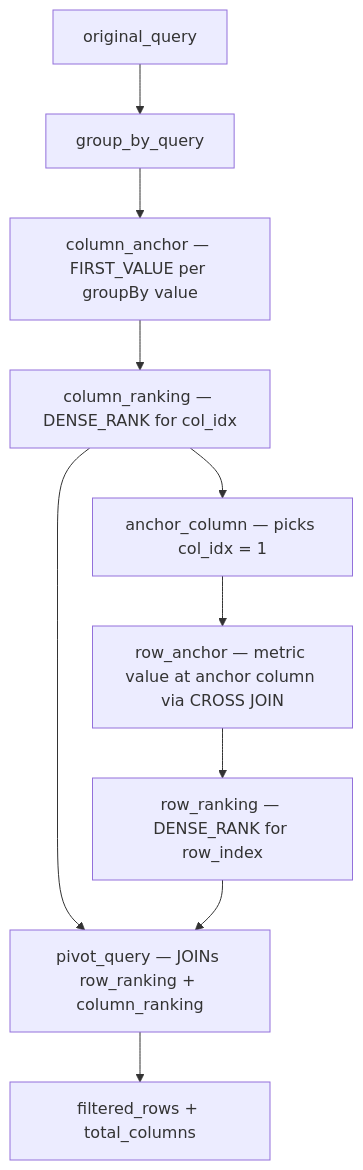
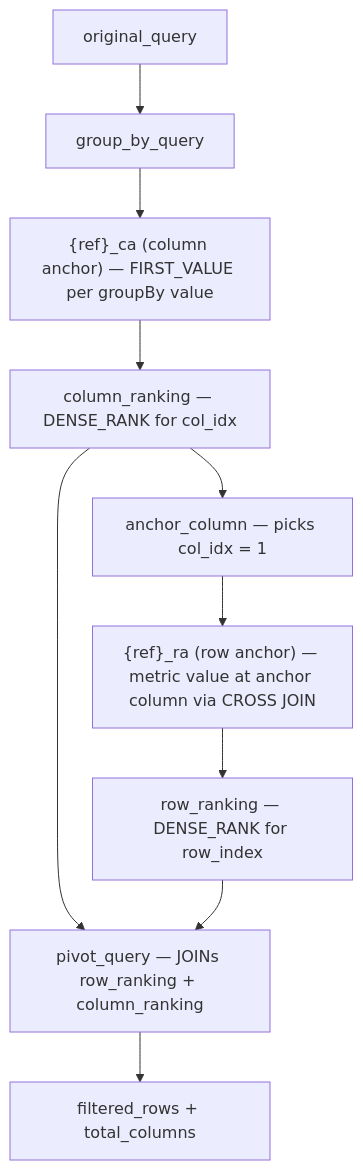
One commit to lightdash/lightdash changed the diagram in packages/backend/src/utils/QueryBuilder/CLAUDE.md. Above: the diagram before and after it, drawn with Mermaid. The commit also changed other lines of this file and 2 other files, not shown here.

Commit message:
fix: shorten pivot anchor CTE suffixes to fit Postgres 63-char identifier limit
Anchor CTE aliases used `_column_anchor_value` (+20 chars) and `_row_anchor_value`
(+17 chars), so any `{table}_{field}` reference longer than ~43 chars would overflow
Postgres' 63-byte identifier limit and silently truncate, breaking pivot queries.

Renames `_column_anchor` -> `_ca` and `_row_anchor` -> `_ra` to give the underlying
reference a much larger budget. Customer's failing 69-char identifier
`fct_tickets_ticket_id_count_distinct_of_ticket_id_column_anchor_value` becomes
58 chars and runs cleanly against Postgres.

Closes #21401

````diff
--- a/packages/backend/src/utils/QueryBuilder/CLAUDE.md
+++ b/packages/backend/src/utils/QueryBuilder/CLAUDE.md
@@ -73,12 +73,12 @@
 ```mermaid
 graph TD
     A[original_query] --> B[group_by_query]
-    B --> C["column_anchor — FIRST_VALUE per groupBy value"]
+    B --> C["{ref}_ca (column anchor) — FIRST_VALUE per groupBy value"]
     C --> D["column_ranking — DENSE_RANK for col_idx"]
     D --> E["anchor_column — picks col_idx = 1"]
-    E --> F["row_anchor — metric value at anchor column via CROSS JOIN"]
+    E --> F["{ref}_ra (row anchor) — metric value at anchor column via CROSS JOIN"]
     F --> G["row_ranking — DENSE_RANK for row_index"]
     D --> H["pivot_query — JOINs row_ranking + column_ranking"]
     G --> H
     H --> I[filtered_rows + total_columns]
 ```
````
